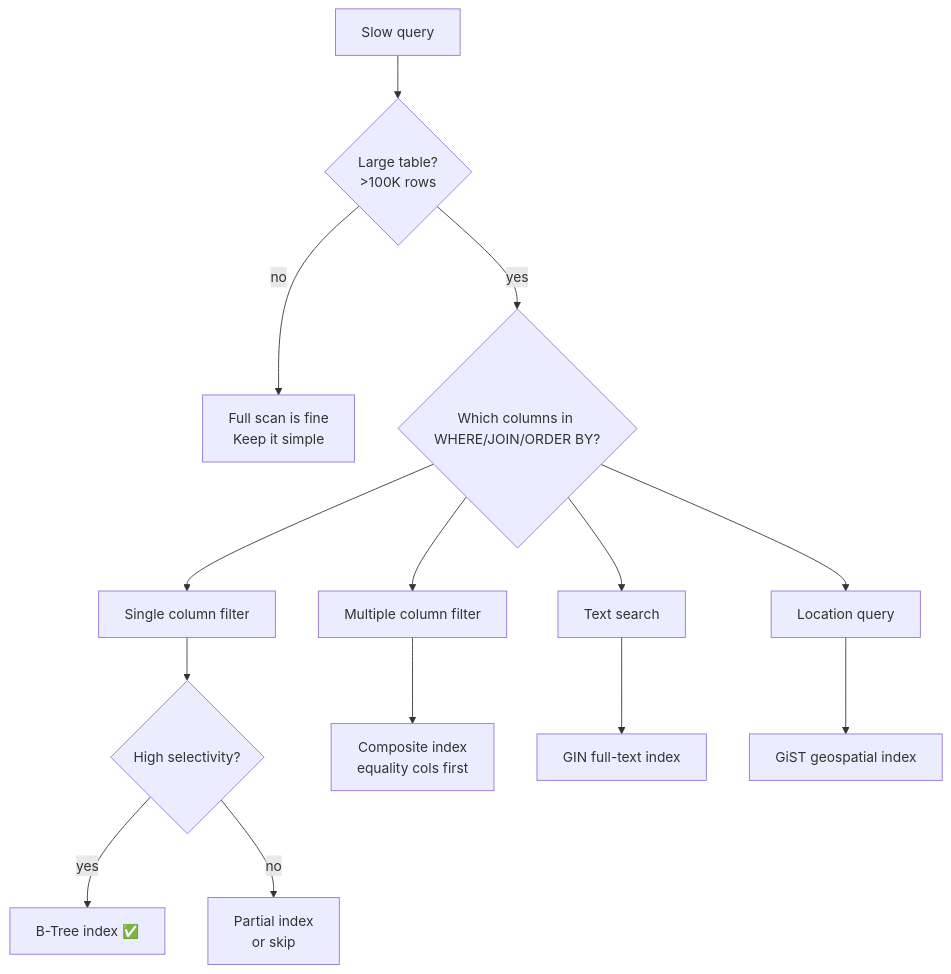
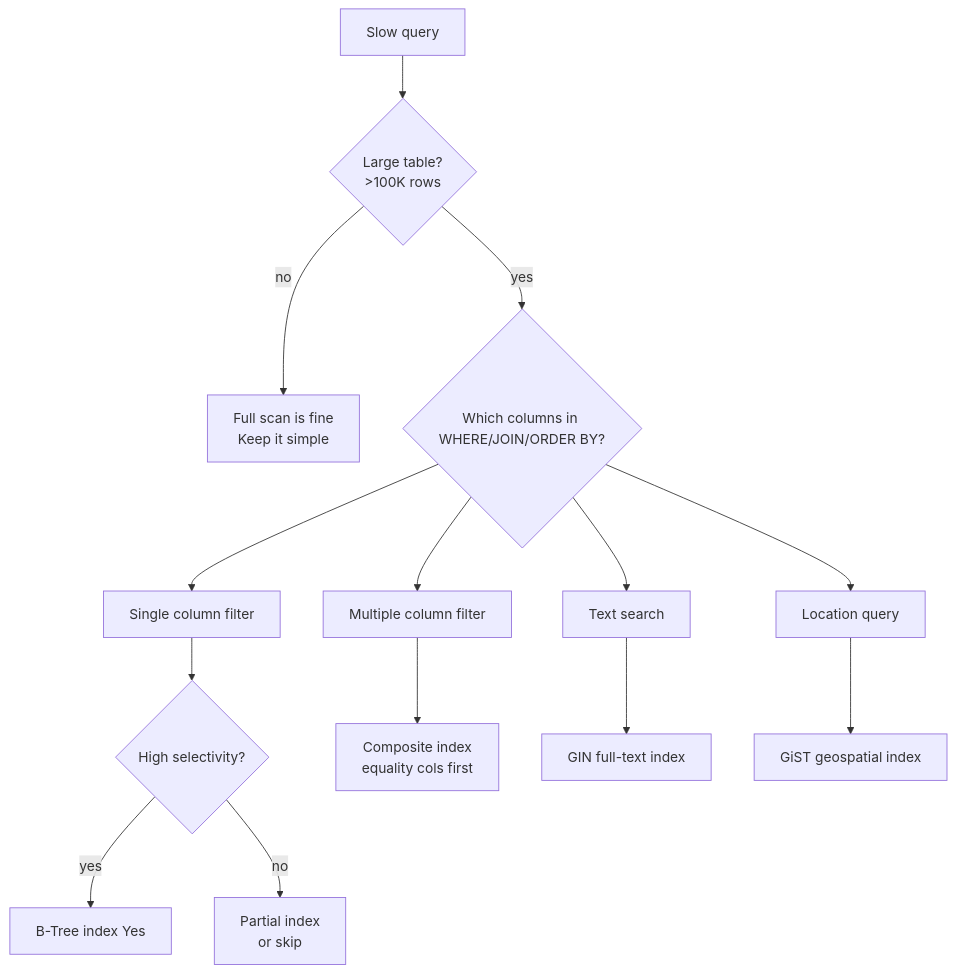
Before and after one commit to billywr/system-design: diagram 38 of 41 in 08-fundamentals/23-scaling-cap-caching-load-balancing-sharding-indexing.md, drawn with Mermaid. The commit also changed other lines of this file and 39 other files, not shown here.

````diff
--- a/08-fundamentals/23-scaling-cap-caching-load-balancing-sharding-indexing.md
+++ b/08-fundamentals/23-scaling-cap-caching-load-balancing-sharding-indexing.md
@@ -1288,18 +1288,18 @@
 ```mermaid
 flowchart TD
     START[Slow query] --> Q1{Large table?<br/>>100K rows}
     Q1 -->|no| MEM[Full scan is fine<br/>Keep it simple]
     Q1 -->|yes| Q2{Which columns in WHERE/JOIN/ORDER BY?}
     Q2 --> SINGLE[Single column filter]
     Q2 --> MULTI[Multiple column filter]
     Q2 --> TEXT[Text search]
     Q2 --> GEO[Location query]
 
     SINGLE --> SEL{High selectivity?}
-    SEL -->|yes| BTREE[B-Tree index ✅]
+    SEL -->|yes| BTREE[B-Tree index Yes]
     SEL -->|no| PARTIAL[Partial index<br/>or skip]
 
     MULTI --> COMP[Composite index<br/>equality cols first]
     TEXT --> GIN[GIN full-text index]
     GEO --> GIST[GiST geospatial index]
 ```
````
